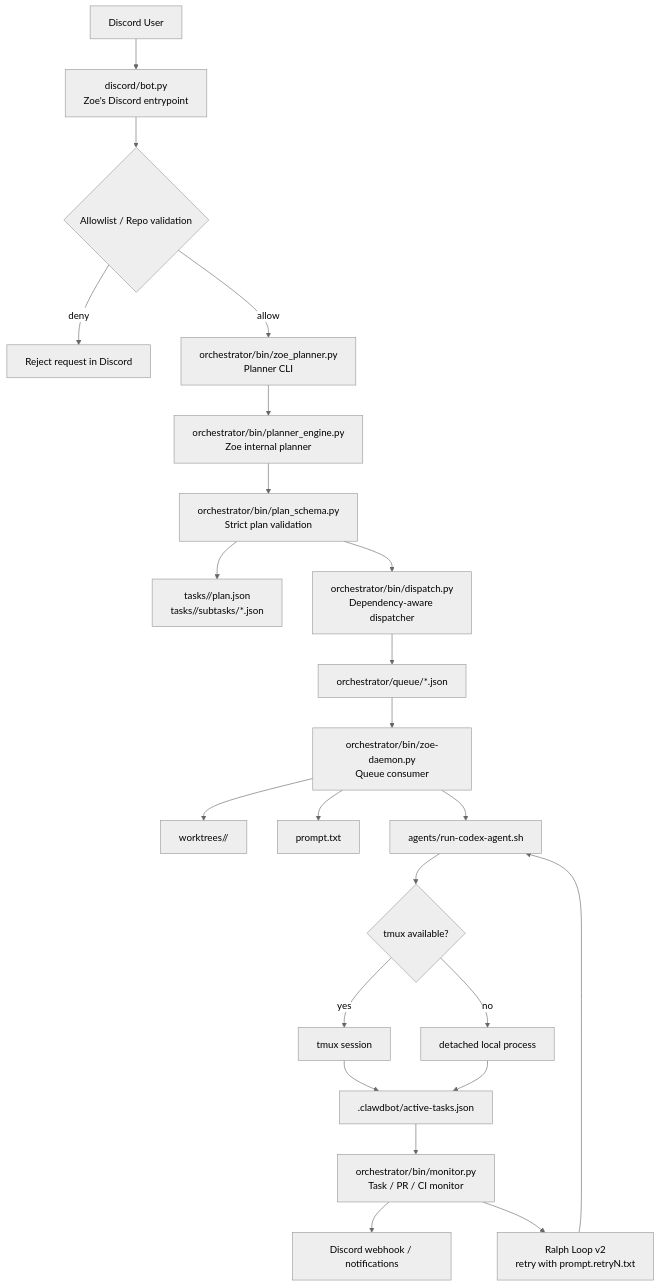
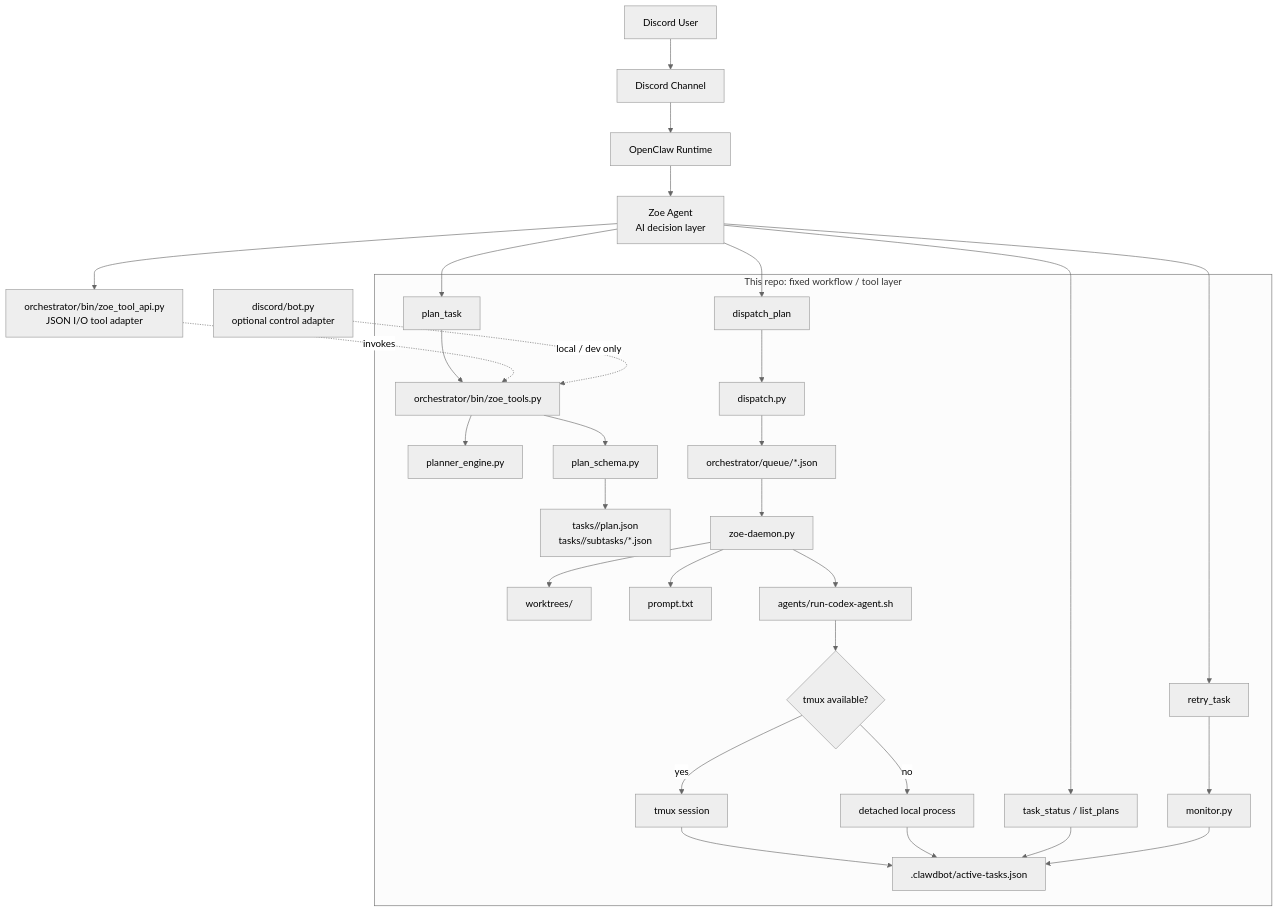
One commit to gordon8018/ai-devops changed the diagram in README.md. Above: the diagram before and after it, drawn with Mermaid (neutral theme). The commit also changed other lines of this file and 10 other files, not shown here.

Commit message:
Add Zoe tool layer and OpenClaw skill bridge

````diff
--- a/README.md
+++ b/README.md
@@ -25,32 +26,42 @@
 ```mermaid
 flowchart TD
-    U[Discord User] --> B[discord/bot.py<br/>Zoe's Discord entrypoint]
+    U[Discord User] --> DC[Discord Channel]
+    DC --> OC[OpenClaw Runtime]
+    OC --> Z[Zoe Agent<br/>AI decision layer]
 
-    B --> C{Allowlist / Repo validation}
-    C -->|deny| R1[Reject request in Discord]
-    C -->|allow| P[orchestrator/bin/zoe_planner.py<br/>Planner CLI]
+    Z --> T1[plan_task]
+    Z --> T2[dispatch_plan]
+    Z --> T3[task_status / list_plans]
+    Z --> T4[retry_task]
 
-    P --> E[orchestrator/bin/planner_engine.py<br/>Zoe internal planner]
-    E --> S[orchestrator/bin/plan_schema.py<br/>Strict plan validation]
-    S --> T[tasks/<planId>/plan.json<br/>tasks/<planId>/subtasks/*.json]
+    subgraph ToolLayer["This repo: fixed workflow / tool layer"]
+        T1 --> P[orchestrator/bin/zoe_tools.py]
+        P --> E[planner_engine.py]
+        P --> S[plan_schema.py]
+        S --> T[tasks/<planId>/plan.json<br/>tasks/<planId>/subtasks/*.json]
 
-    S --> D[orchestrator/bin/dispatch.py<br/>Dependency-aware dispatcher]
-    D --> Q[orchestrator/queue/*.json]
+        T2 --> D[dispatch.py]
+        D --> Q[orchestrator/queue/*.json]
 
-    Q --> Z[orchestrator/bin/zoe-daemon.py<br/>Queue consumer]
-    Z --> W[worktrees/<task-or-plan-branch>/]
-    Z --> PR[prompt.txt]
-    Z --> A[agents/run-codex-agent.sh]
+        Q --> ZD[zoe-daemon.py]
+        ZD --> W[worktrees/]
+        ZD --> PR[prompt.txt]
+        ZD --> A[agents/run-codex-agent.sh]
 
-    A --> X{tmux available?}
-    X -->|yes| TM[tmux session]
-    X -->|no| BG[detached local process]
+        A --> X{tmux available?}
+        X -->|yes| TM[tmux session]
+        X -->|no| BG[detached local process]
 
-    TM --> REG[.clawdbot/active-tasks.json]
-    BG --> REG
+        TM --> REG[.clawdbot/active-tasks.json]
+        BG --> REG
 
-    REG --> M[orchestrator/bin/monitor.py<br/>Task / PR / CI monitor]
-    M --> N[Discord webhook / notifications]
-    M --> RL[Ralph Loop v2<br/>retry with prompt.retryN.txt]
-    RL --> A
+        T3 --> REG
+        T4 --> M[monitor.py]
+        M --> REG
+    end
+
+    Z --> API[orchestrator/bin/zoe_tool_api.py<br/>JSON I/O tool adapter]
+    API -. invokes .-> P
+
+    B[discord/bot.py<br/>optional control adapter] -. local / dev only .-> P
 ```
````
